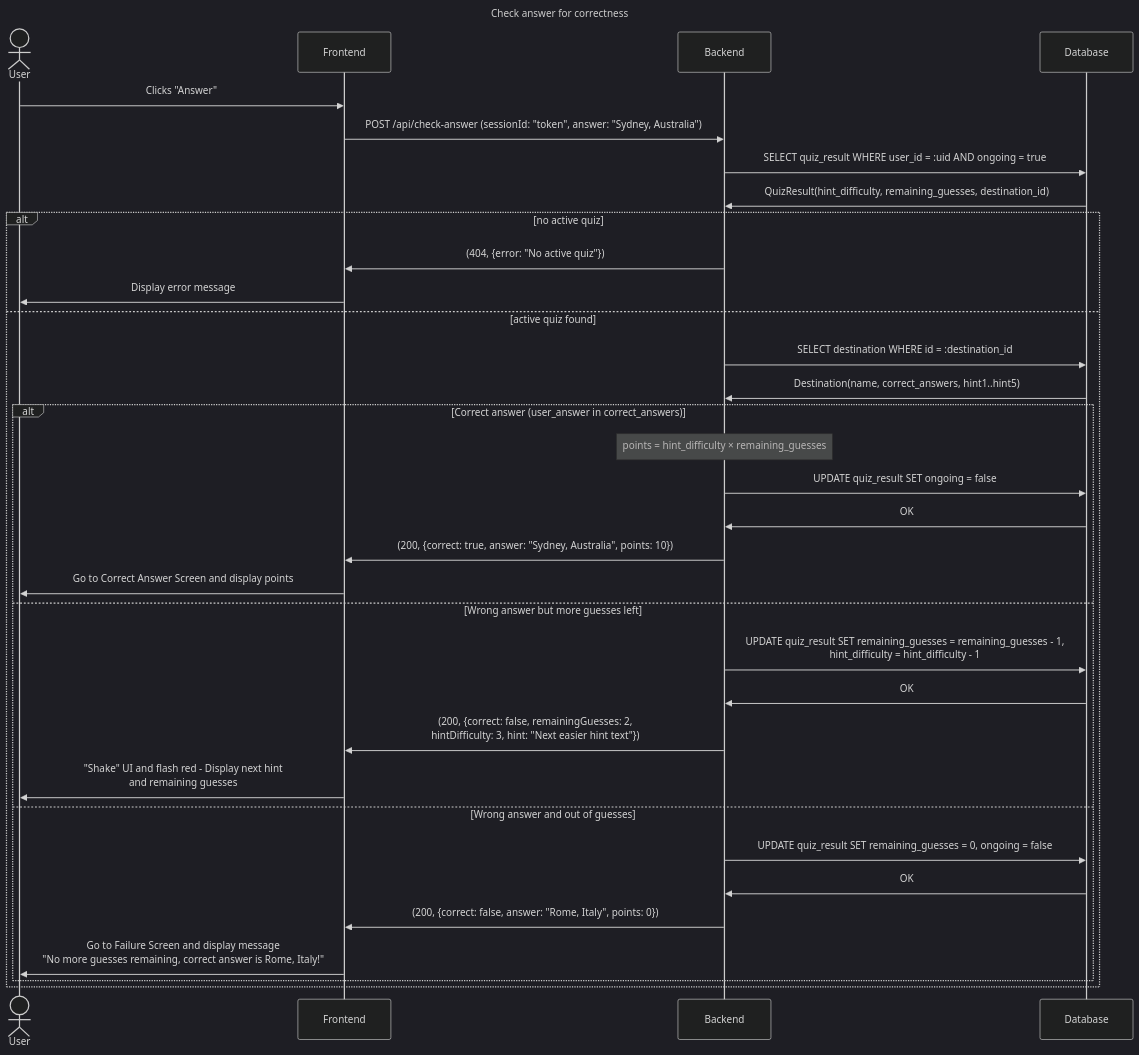
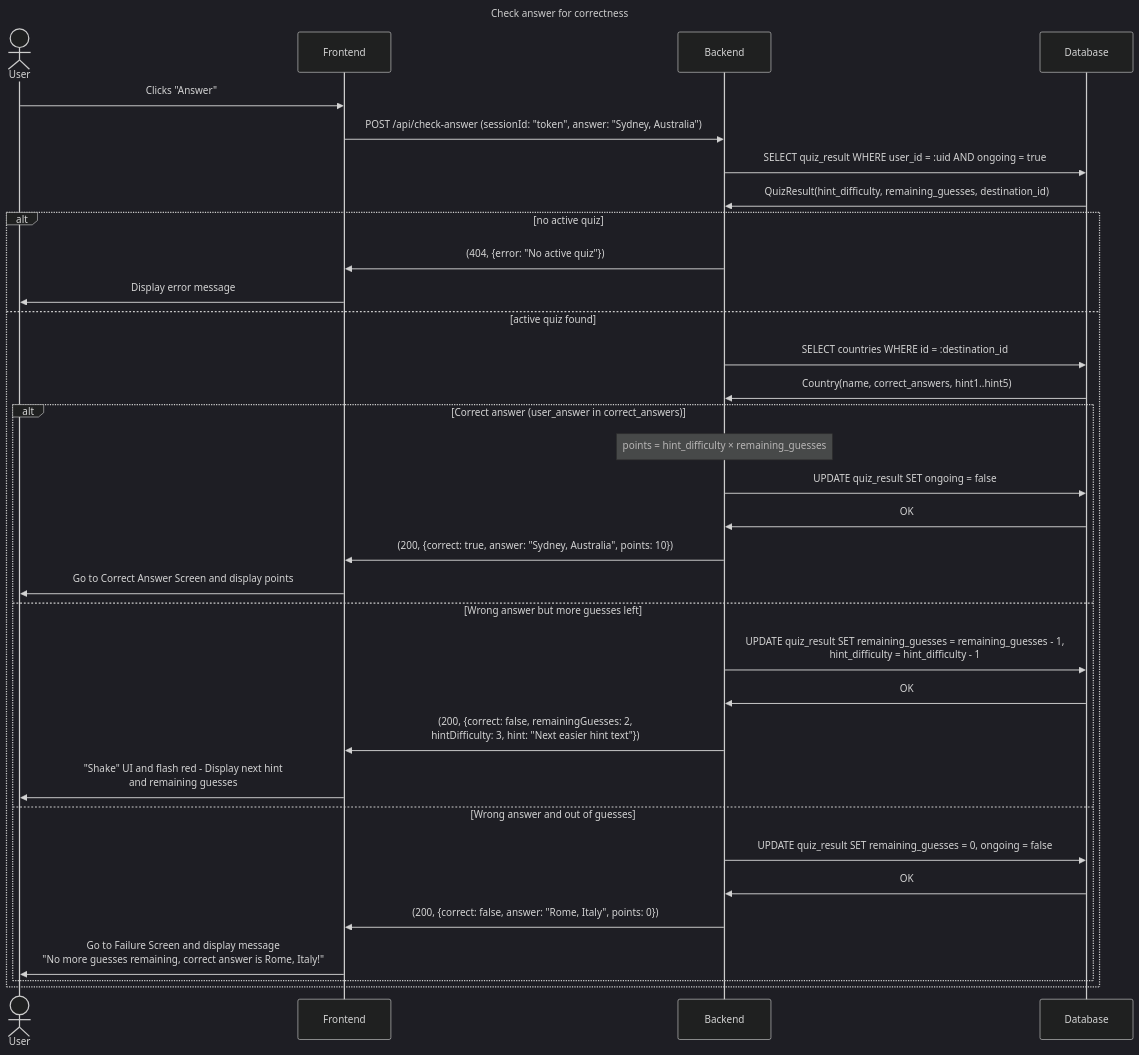
One commit to fylke/travel-quizzer changed the diagram in docs/check_answer.md. Above: the diagram before and after it, drawn with Mermaid (dark theme). The commit also changed 9 other files, not shown here.

Commit message:
Rename destination table to countries and restructure media paths

````diff
--- a/docs/check_answer.md
+++ b/docs/check_answer.md
@@ -1,41 +1,41 @@
 ```mermaid
 sequenceDiagram
     title Check answer for correctness
 
     actor User
     participant Frontend
     participant Backend
     participant Database
 
     User->>Frontend: Clicks "Answer"
     Frontend->>Backend: POST /api/check-answer (sessionId: "token", answer: "Sydney, Australia")
 
     Backend->>Database: SELECT quiz_result WHERE user_id = :uid AND ongoing = true
     Database->>Backend: QuizResult(hint_difficulty, remaining_guesses, destination_id)
 
     alt no active quiz
         Backend->>Frontend: (404, {error: "No active quiz"})
         Frontend->>User: Display error message
     else active quiz found
-        Backend->>Database: SELECT destination WHERE id = :destination_id
-        Database->>Backend: Destination(name, correct_answers, hint1..hint5)
+        Backend->>Database: SELECT countries WHERE id = :destination_id
+        Database->>Backend: Country(name, correct_answers, hint1..hint5)
 
         alt Correct answer (user_answer in correct_answers)
             Note over Backend: points = hint_difficulty × remaining_guesses
             Backend->>Database: UPDATE quiz_result SET ongoing = false
             Database->>Backend: OK
             Backend->>Frontend: (200, {correct: true, answer: "Sydney, Australia", points: 10})
             Frontend->>User: Go to Correct Answer Screen and display points
         else Wrong answer but more guesses left
             Backend->>Database: UPDATE quiz_result SET remaining_guesses = remaining_guesses - 1,<br/>hint_difficulty = hint_difficulty - 1
             Database->>Backend: OK
             Backend->>Frontend: (200, {correct: false, remainingGuesses: 2,<br/>hintDifficulty: 3, hint: "Next easier hint text"})
             Frontend->>User: "Shake" UI and flash red - Display next hint<br/>and remaining guesses
         else Wrong answer and out of guesses
             Backend->>Database: UPDATE quiz_result SET remaining_guesses = 0, ongoing = false
             Database->>Backend: OK
             Backend->>Frontend: (200, {correct: false, answer: "Rome, Italy", points: 0})
             Frontend->>User: Go to Failure Screen and display message<br/>"No more guesses remaining, correct answer is Rome, Italy!"
         end
     end
 ```
````
